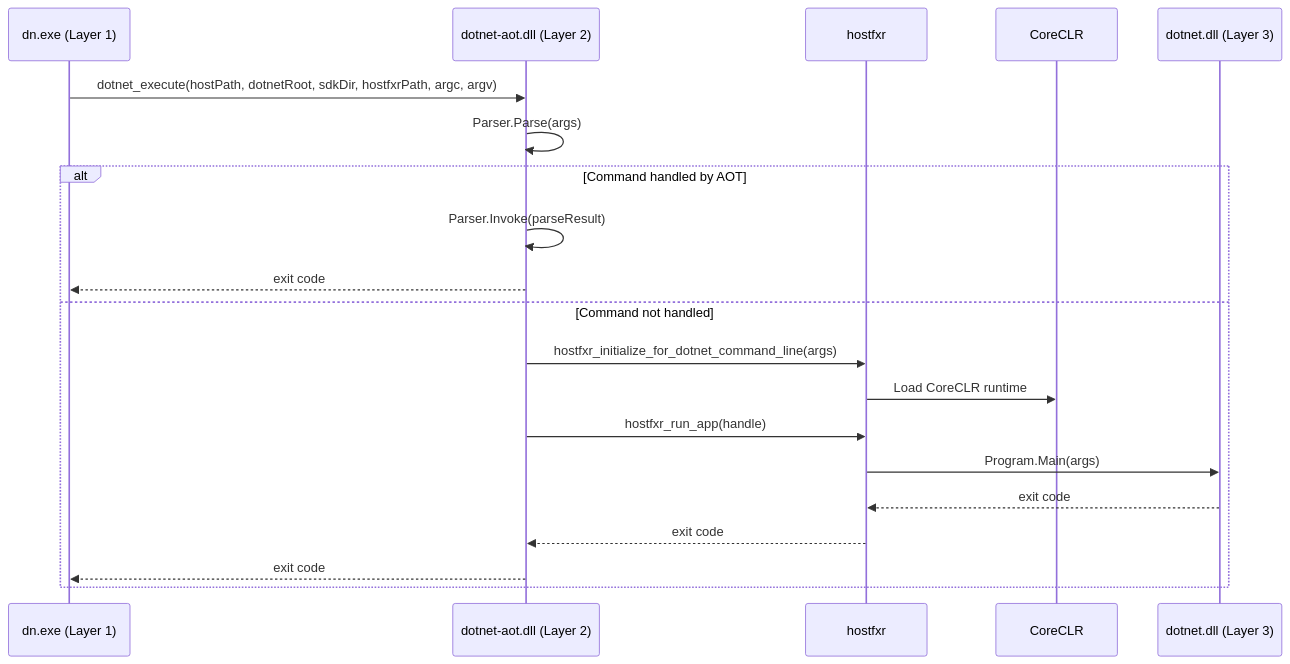
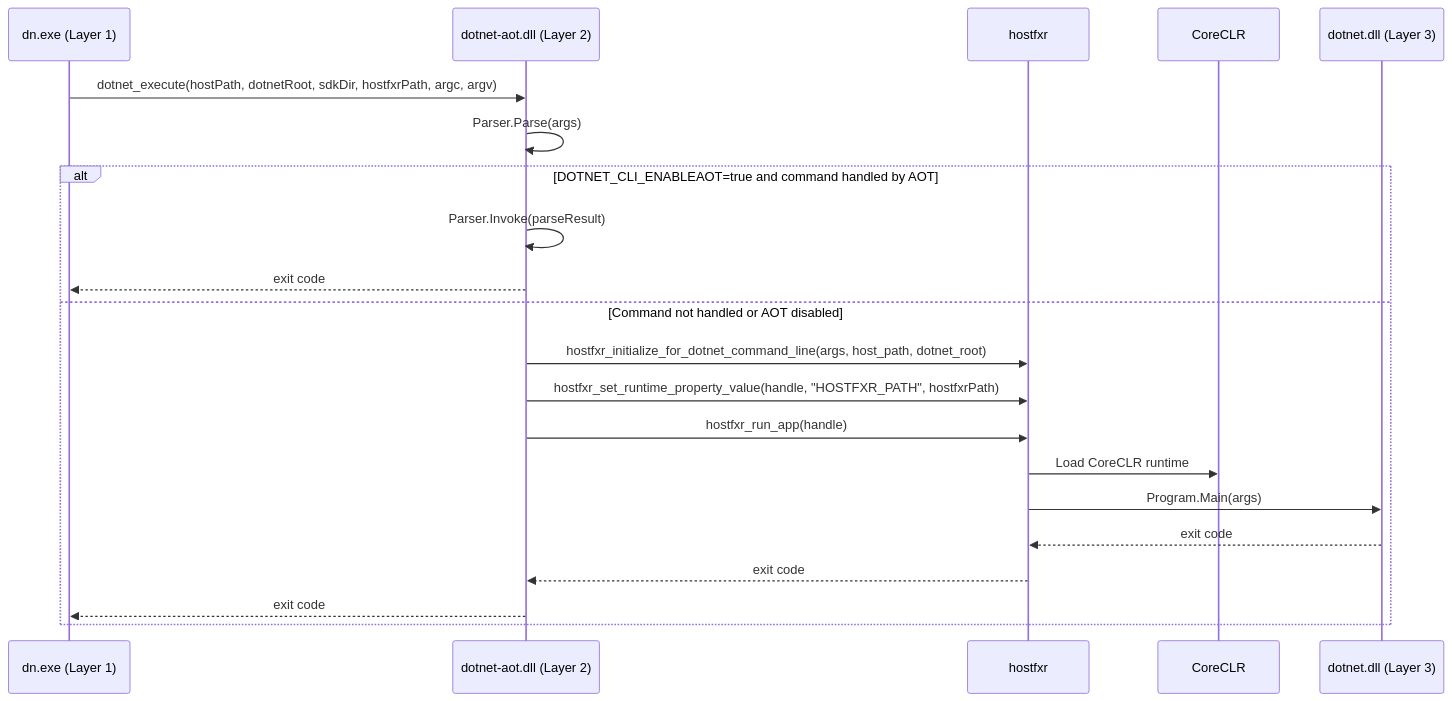
The second of 6 diagrams in src/Cli/dotnet-aot/DESIGN.md (dotnet/sdk), drawn with Mermaid before and after one commit. The commit also changed other lines of this file and 7 other files, not shown here.

First line of the commit message:
Gate AOT fast path behind DOTNET_CLI_ENABLEAOT (#54047)

````diff
--- a/src/Cli/dotnet-aot/DESIGN.md
+++ b/src/Cli/dotnet-aot/DESIGN.md
@@ -105,24 +110,25 @@
 ```mermaid
 sequenceDiagram
     participant dn as dn.exe (Layer 1)
     participant aot as dotnet-aot.dll (Layer 2)
     participant hfxr as hostfxr
     participant clr as CoreCLR
     participant cli as dotnet.dll (Layer 3)
 
     dn->>aot: dotnet_execute(hostPath, dotnetRoot, sdkDir, hostfxrPath, argc, argv)
     aot->>aot: Parser.Parse(args)
 
-    alt Command handled by AOT
+    alt DOTNET_CLI_ENABLEAOT=true and command handled by AOT
         aot->>aot: Parser.Invoke(parseResult)
         aot-->>dn: exit code
-    else Command not handled
-        aot->>hfxr: hostfxr_initialize_for_dotnet_command_line(args)
+    else Command not handled or AOT disabled
+        aot->>hfxr: hostfxr_initialize_for_dotnet_command_line(args, host_path, dotnet_root)
+        aot->>hfxr: hostfxr_set_runtime_property_value(handle, "HOSTFXR_PATH", hostfxrPath)
+        aot->>hfxr: hostfxr_run_app(handle)
         hfxr->>clr: Load CoreCLR runtime
-        aot->>hfxr: hostfxr_run_app(handle)
         hfxr->>cli: Program.Main(args)
         cli-->>hfxr: exit code
         hfxr-->>aot: exit code
         aot-->>dn: exit code
     end
 ```
````
